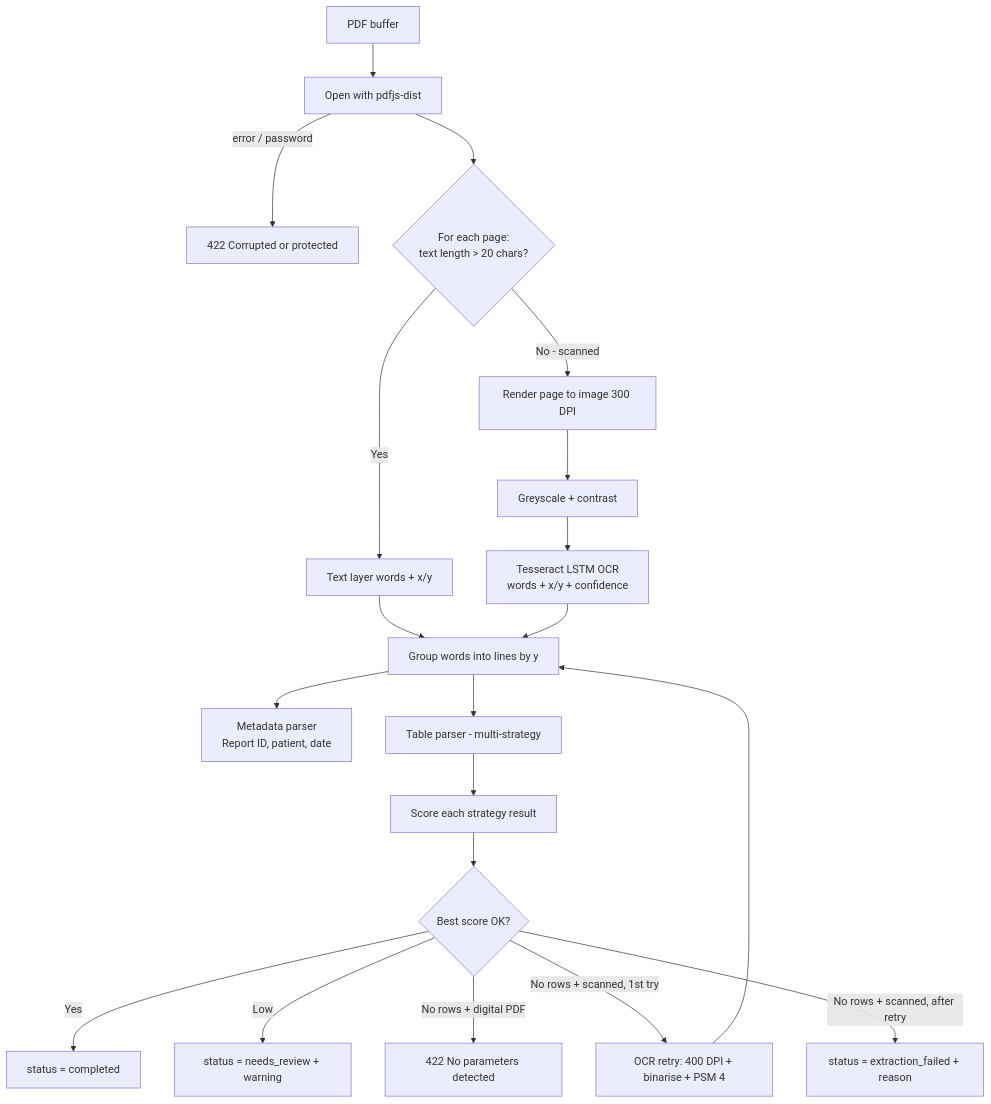
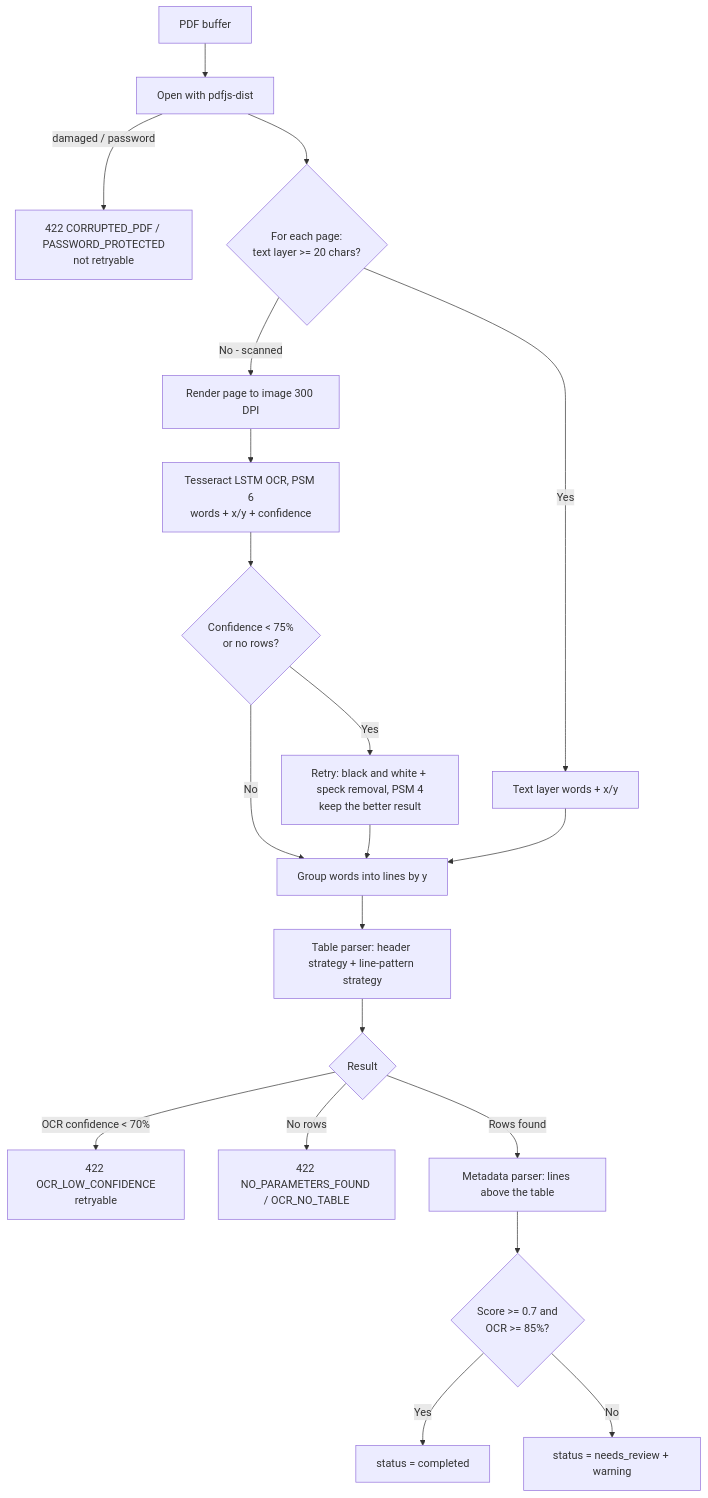
Before and after one commit to dipakmahajan01/-pdf-report-extractor: the fourth of 5 diagrams in docs/HLD.md, drawn with Mermaid. The commit also changed other lines of this file, not shown here.

````diff
--- a/docs/HLD.md
+++ b/docs/HLD.md
@@ -171,22 +178,22 @@
 ```mermaid
 flowchart TD
     A[PDF buffer] --> B[Open with pdfjs-dist]
-    B -->|error / password| X1[422 Corrupted or protected]
-    B --> C{For each page:<br/>text length > 20 chars?}
+    B -->|damaged / password| X1[422 CORRUPTED_PDF / PASSWORD_PROTECTED<br/>not retryable]
+    B --> C{For each page:<br/>text layer >= 20 chars?}
     C -->|Yes| D[Text layer words + x/y]
     C -->|No - scanned| E[Render page to image 300 DPI]
-    E --> F[Greyscale + contrast]
-    F --> G[Tesseract LSTM OCR<br/>words + x/y + confidence]
+    E --> G[Tesseract LSTM OCR, PSM 6<br/>words + x/y + confidence]
+    G --> Q{Confidence < 75%<br/>or no rows?}
+    Q -->|Yes| R[Retry: black and white + speck removal, PSM 4<br/>keep the better result]
+    Q -->|No| H
+    R --> H
     D --> H[Group words into lines by y]
-    G --> H
-    H --> I[Metadata parser<br/>Report ID, patient, date]
-    H --> J[Table parser - multi-strategy]
-    J --> K[Score each strategy result]
-    K --> L{Best score OK?}
+    H --> J[Table parser: header strategy + line-pattern strategy]
+    J --> K{Result}
+    K -->|OCR confidence < 70%| X3[422 OCR_LOW_CONFIDENCE<br/>retryable]
+    K -->|No rows| X2[422 NO_PARAMETERS_FOUND / OCR_NO_TABLE]
+    K -->|Rows found| I[Metadata parser: lines above the table]
+    I --> L{Score >= 0.7 and<br/>OCR >= 85%?}
     L -->|Yes| M[status = completed]
-    L -->|Low| N[status = needs_review + warning]
-    L -->|No rows + digital PDF| X2[422 No parameters detected]
-    L -->|No rows + scanned, 1st try| R[OCR retry: 400 DPI + binarise + PSM 4]
-    R --> H
-    L -->|No rows + scanned, after retry| X3[status = extraction_failed + reason]
+    L -->|No| N[status = needs_review + warning]
 ```
````
